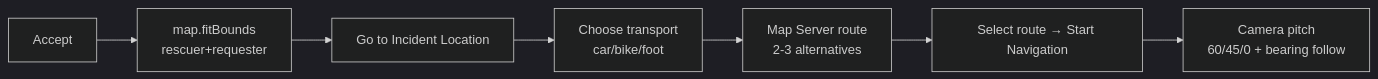
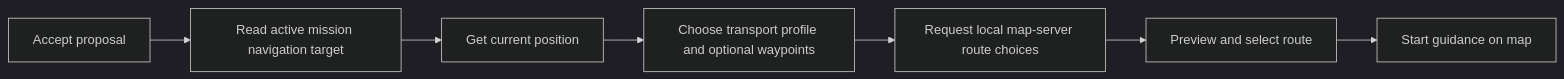
One commit to komeilm76/borobiya changed the fourth of 4 diagrams in docs/DIAGRAMS/SOS_FLOW.md. Above: the diagram before and after it, drawn with Mermaid (dark theme). The commit also changed other lines of this file and 4 other files, not shown here.

Commit message:
Align SOS lifecycle diagrams with implemented status contracts

````diff
--- a/docs/DIAGRAMS/SOS_FLOW.md
+++ b/docs/DIAGRAMS/SOS_FLOW.md
@@ -116,9 +98,9 @@
 ```mermaid
 flowchart LR
-  A[Accept] --> B[map.fitBounds<br/>rescuer+requester]
-  B --> C[Go to Incident Location]
-  C --> D[Choose transport<br/>car/bike/foot]
-  D --> E[Map Server route<br/>2-3 alternatives]
-  E --> F[Select route → Start Navigation]
-  F --> G[Camera pitch<br/>60/45/0 + bearing follow]
+  A[Accept proposal] --> B[Read active mission navigation target]
+  B --> C[Get current position]
+  C --> D[Choose transport profile and optional waypoints]
+  D --> E[Request local map-server route choices]
+  E --> F[Preview and select route]
+  F --> G[Start guidance on map]
 ```
````
